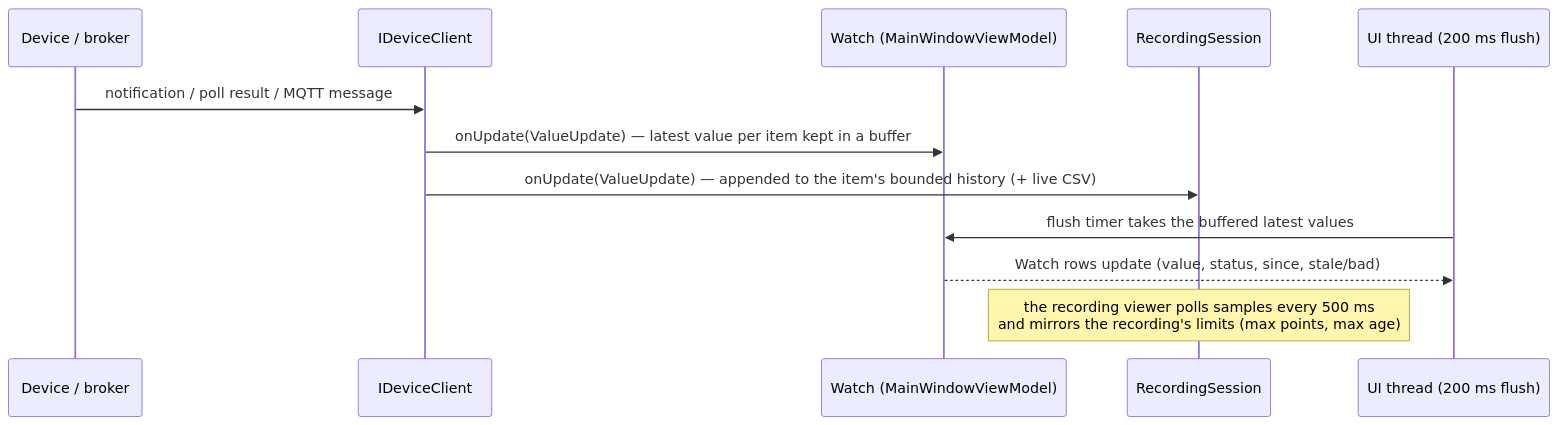
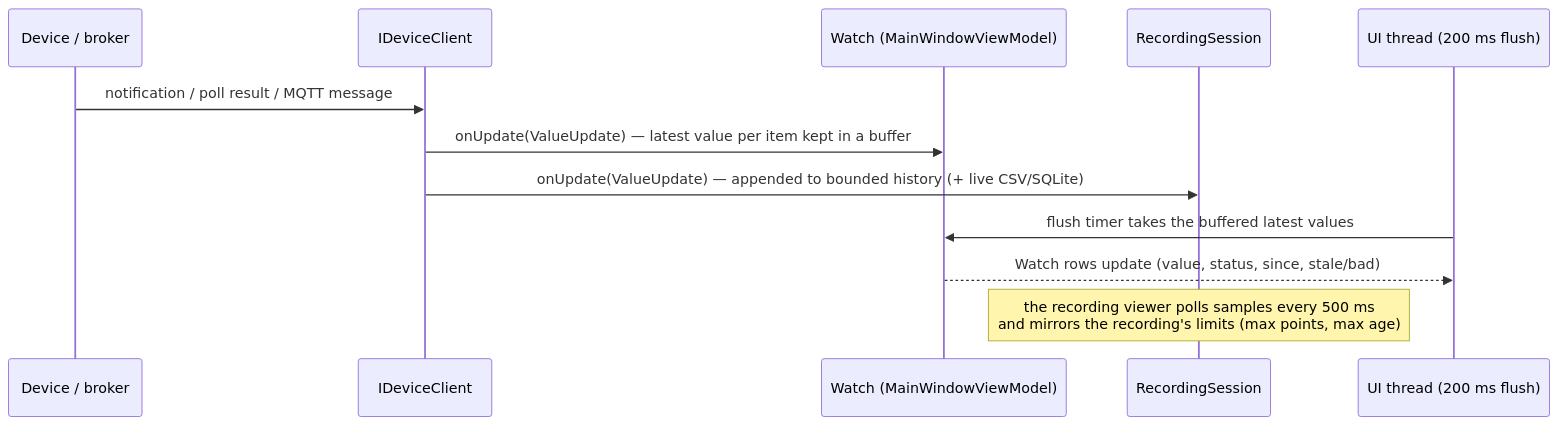
Before and after one commit to ZaoralJ/MachineDataBrowser: the third of 5 diagrams in docs/architecture.md, drawn with Mermaid. The commit also changed other lines of this file and 14 other files, not shown here.

````diff
--- a/docs/architecture.md
+++ b/docs/architecture.md
@@ -216,15 +249,15 @@
 ```mermaid
 sequenceDiagram
     participant D as Device / broker
     participant C as IDeviceClient
     participant W as Watch (MainWindowViewModel)
     participant R as RecordingSession
     participant UI as UI thread (200 ms flush)
 
     D->>C: notification / poll result / MQTT message
     C->>W: onUpdate(ValueUpdate) — latest value per item kept in a buffer
-    C->>R: onUpdate(ValueUpdate) — appended to the item's bounded history (+ live CSV)
+    C->>R: onUpdate(ValueUpdate) — appended to bounded history (+ live CSV/SQLite)
     UI->>W: flush timer takes the buffered latest values
     W-->>UI: Watch rows update (value, status, since, stale/bad)
     Note over R: the recording viewer polls samples every 500 ms<br/>and mirrors the recording's limits (max points, max age)
 ```
````
